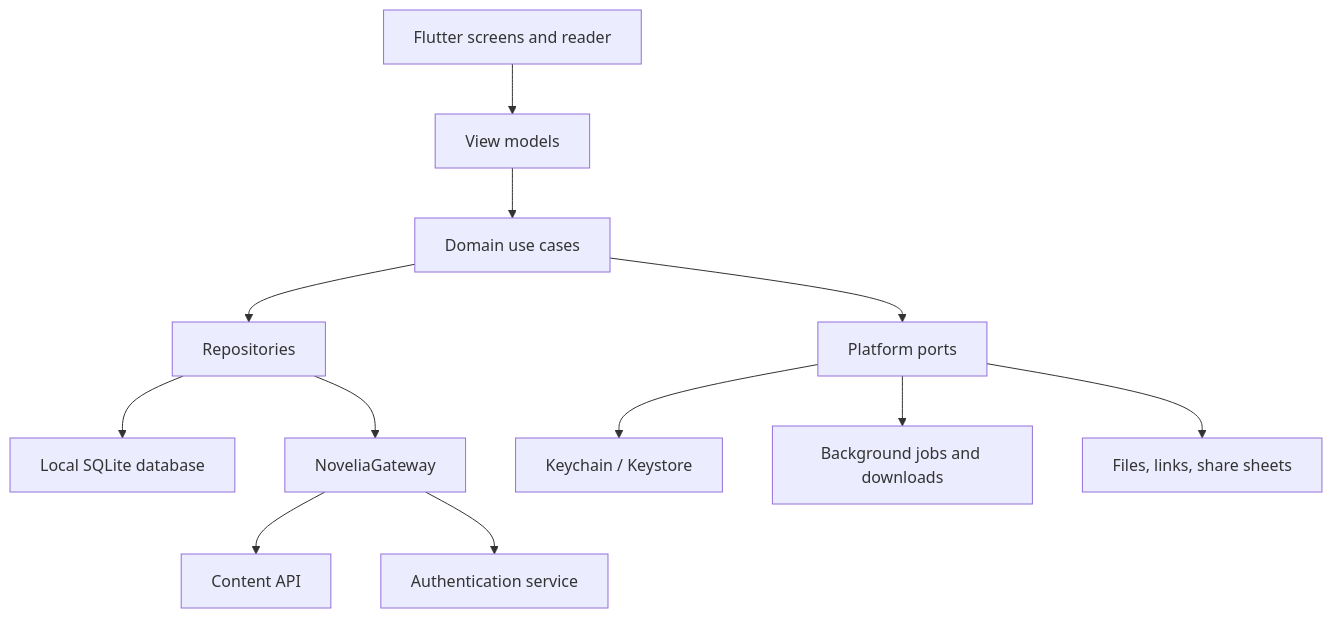
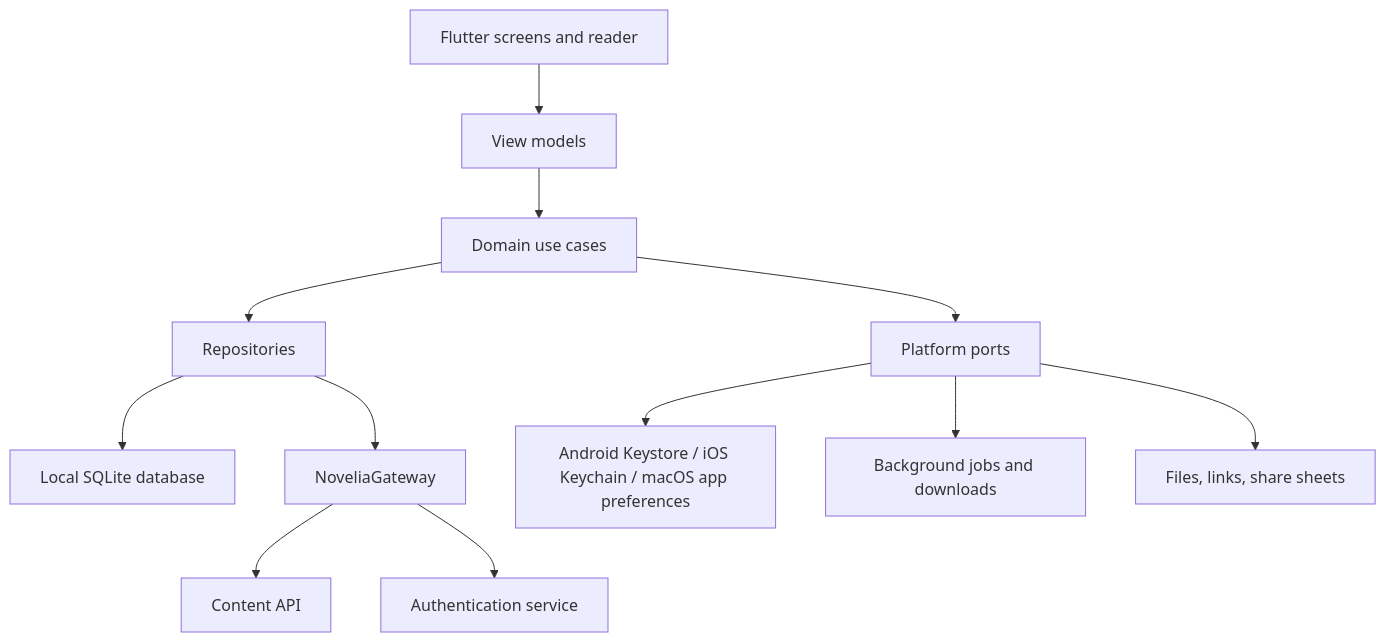
Before and after one commit to troyt-666/novelia-mobile: the diagram in docs/reimplementation-plan.md, drawn with Mermaid. The commit also changed other lines of this file and 3 other files, not shown here.

````diff
--- a/docs/reimplementation-plan.md
+++ b/docs/reimplementation-plan.md
@@ -181,14 +183,14 @@
 ```mermaid
 flowchart TD
   A["Flutter screens and reader"] --> B["View models"]
   B --> C["Domain use cases"]
   C --> D["Repositories"]
   D --> E["Local SQLite database"]
   D --> F["NoveliaGateway"]
   F --> G["Content API"]
   F --> H["Authentication service"]
   C --> I["Platform ports"]
-  I --> J["Keychain / Keystore"]
+  I --> J["Android Keystore / iOS Keychain / macOS app preferences"]
   I --> K["Background jobs and downloads"]
   I --> L["Files, links, share sheets"]
 ```
````
